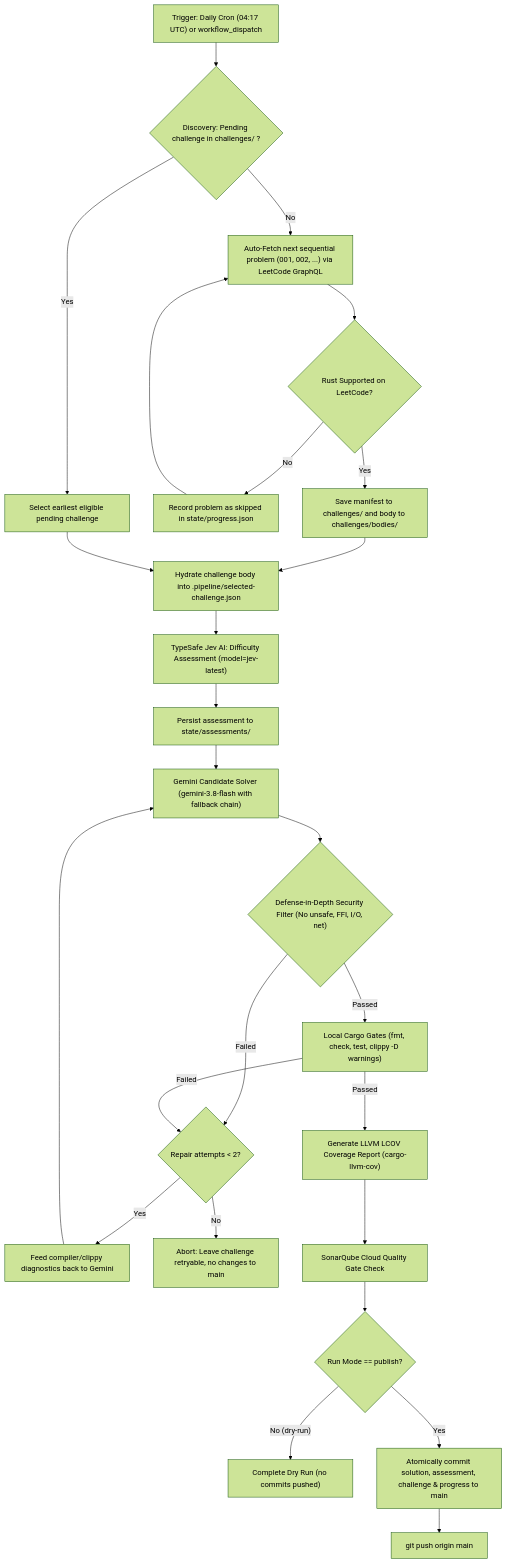
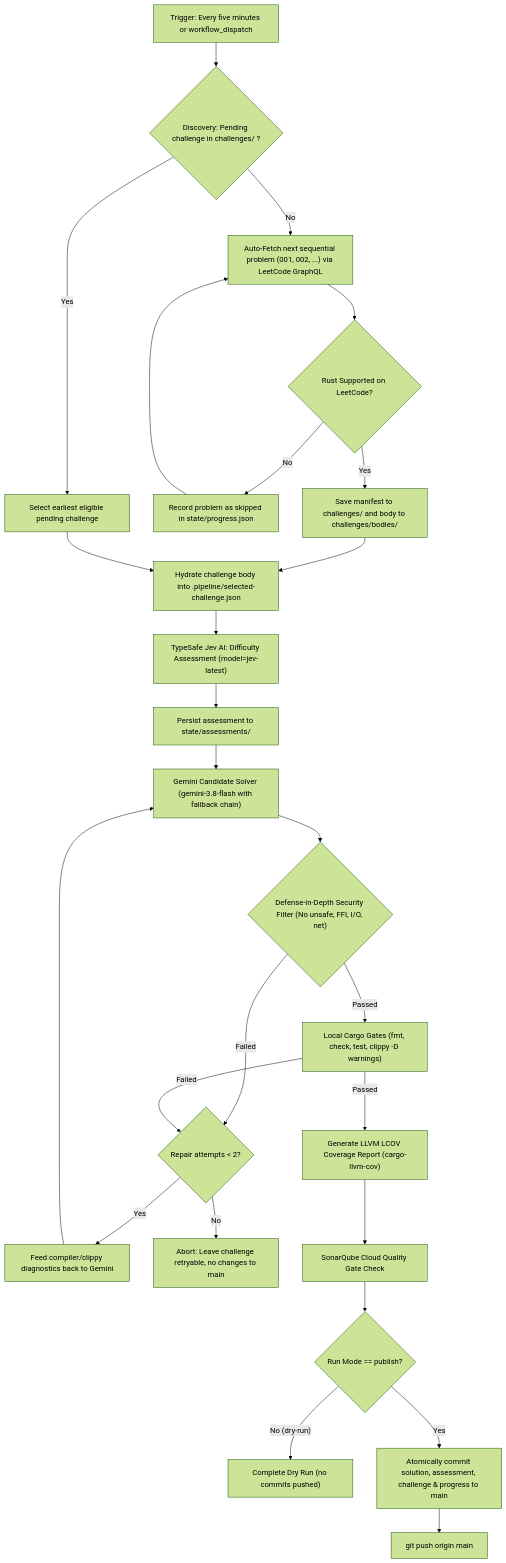
Before and after one commit to marcelomiyake/autonomous-rust-leetcode-solver-pipeline: the first of 2 diagrams in README.md, drawn with Mermaid (forest theme). The commit also changed other lines of this file and 2 other files, not shown here.

Commit message:
ci: run solver every five minutes

````diff
--- a/README.md
+++ b/README.md
@@ -14,37 +14,37 @@
 ```mermaid
 flowchart TD
-    Trigger["Trigger: Daily Cron (04:17 UTC) or workflow_dispatch"] --> Discovery{"Discovery: Pending challenge in challenges/ ?"}
+    Trigger["Trigger: Every five minutes or workflow_dispatch"] --> Discovery{"Discovery: Pending challenge in challenges/ ?"}
 
     Discovery -- Yes --> SelectPending["Select earliest eligible pending challenge"]
     Discovery -- No --> FetchNext["Auto-Fetch next sequential problem (001, 002, ...) via LeetCode GraphQL"]
 
     FetchNext --> CheckRust{"Rust Supported on LeetCode?"}
     CheckRust -- No --> SkipProblem["Record problem as skipped in state/progress.json"]
     SkipProblem --> FetchNext
     CheckRust -- Yes --> SaveChallenge["Save manifest to challenges/ and body to challenges/bodies/"]
 
     SaveChallenge --> Hydrate
     SelectPending --> Hydrate["Hydrate challenge body into .pipeline/selected-challenge.json"]
 
     Hydrate --> JevAssess["TypeSafe Jev AI: Difficulty Assessment (model=jev-latest)"]
     JevAssess --> SaveAssessment["Persist assessment to state/assessments/"]
 
     SaveAssessment --> GeminiGen["Gemini Candidate Solver (gemini-3.8-flash with fallback chain)"]
 
     GeminiGen --> SecurityCheck{"Defense-in-Depth Security Filter (No unsafe, FFI, I/O, net)"}
     SecurityCheck -- Failed --> RepairLoop
     SecurityCheck -- Passed --> CargoValidation["Local Cargo Gates (fmt, check, test, clippy -D warnings)"]
 
     CargoValidation -- Passed --> Coverage["Generate LLVM LCOV Coverage Report (cargo-llvm-cov)"]
     CargoValidation -- Failed --> RepairLoop{"Repair attempts < 2?"}
 
     RepairLoop -- Yes --> FeedDiagnostics["Feed compiler/clippy diagnostics back to Gemini"]
     FeedDiagnostics --> GeminiGen
     RepairLoop -- No --> AbortFail["Abort: Leave challenge retryable, no changes to main"]
 
     Coverage --> SonarCloud["SonarQube Cloud Quality Gate Check"]
     SonarCloud --> PublishCheck{"Run Mode == publish?"}
     PublishCheck -- No (dry-run) --> DryRunFinish["Complete Dry Run (no commits pushed)"]
     PublishCheck -- Yes --> AtomicCommit["Atomically commit solution, assessment, challenge & progress to main"]
     AtomicCommit --> GitPush["git push origin main"]
 ```
````
